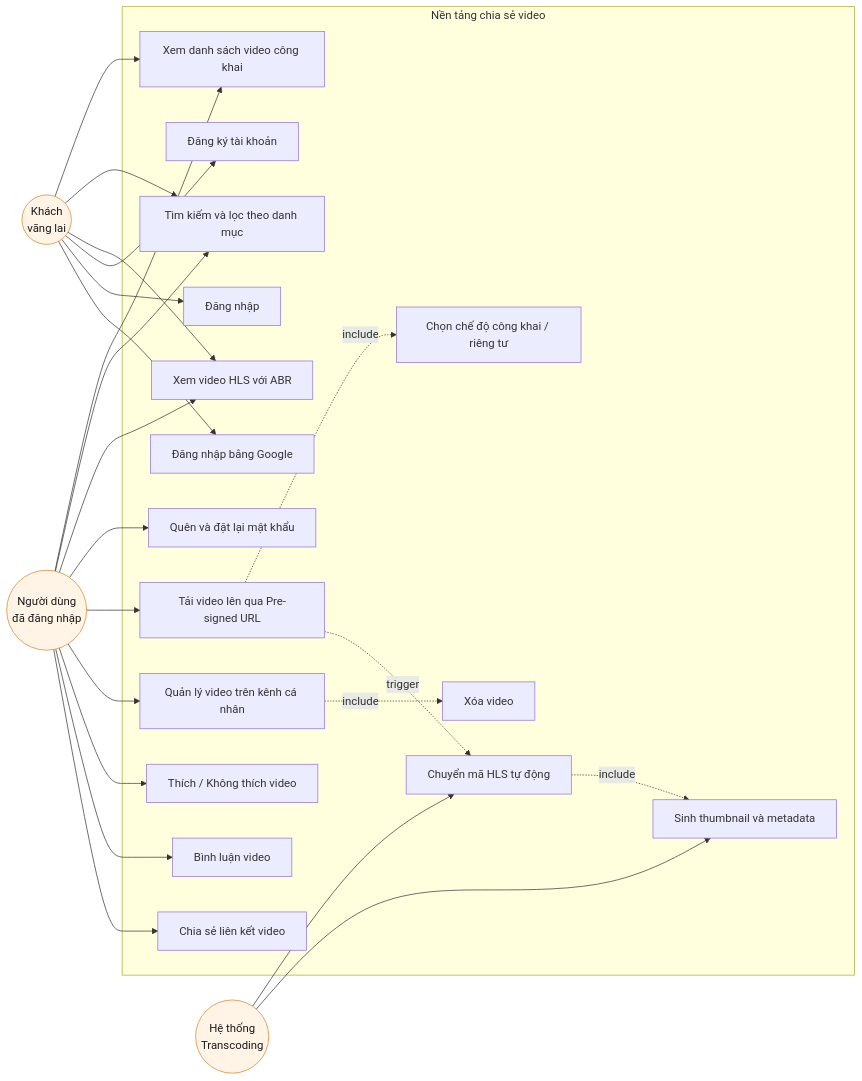
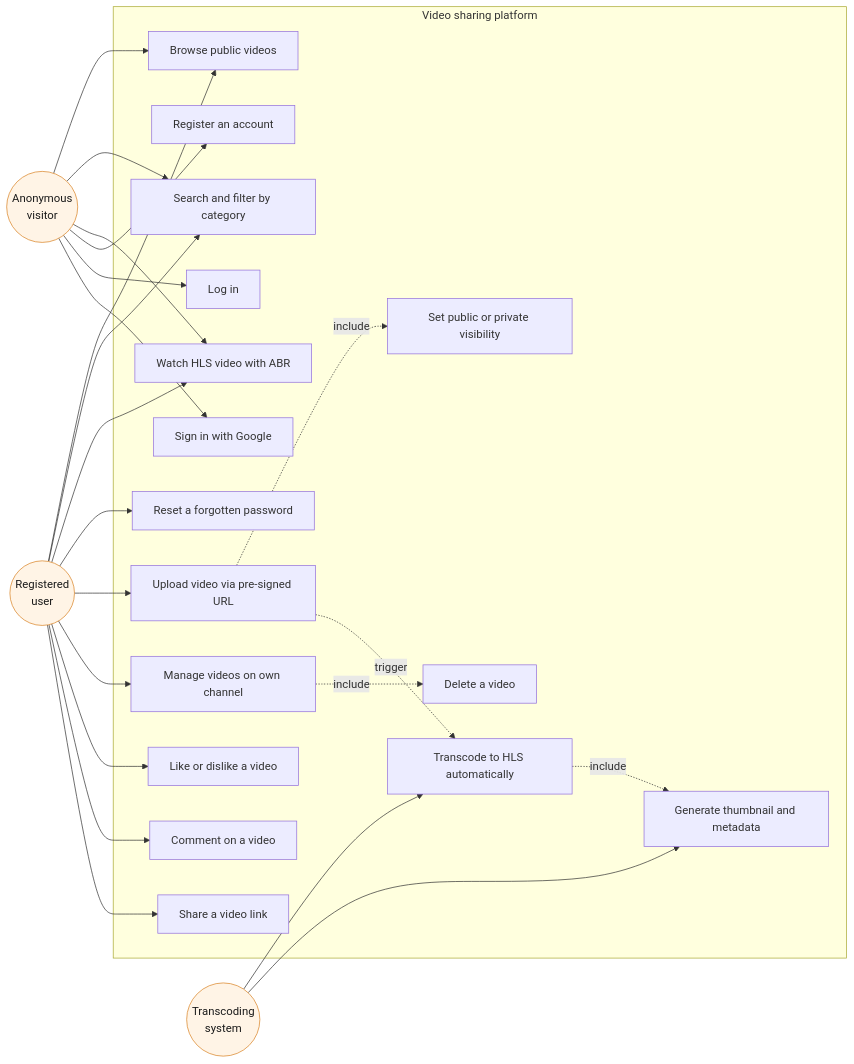
The diagram in docs/diagrams/src/05-use-case.mmd (DinhQuocCuong28664/DACNTT_VideoStreaming), drawn with Mermaid before and after one commit. The commit also changed 15 other files, not shown here.

First line of the commit message:
docs(report): put the diagram labels in English to match the report

```diff
--- a/docs/diagrams/src/05-use-case.mmd
+++ b/docs/diagrams/src/05-use-case.mmd
@@ -1,51 +1,51 @@
 graph LR
-    Guest(("Khách<br/>vãng lai"))
-    User(("Người dùng<br/>đã đăng nhập"))
-    System(("Hệ thống<br/>Transcoding"))
+    Guest(("Anonymous<br/>visitor"))
+    User(("Registered<br/>user"))
+    System(("Transcoding<br/>system"))
 
-    subgraph UC["Nền tảng chia sẻ video"]
-        UC1["Xem danh sách video công khai"]
-        UC2["Tìm kiếm và lọc theo danh mục"]
-        UC3["Xem video HLS với ABR"]
-        UC4["Đăng ký tài khoản"]
-        UC5["Đăng nhập"]
-        UC6["Quên và đặt lại mật khẩu"]
-        UC16["Đăng nhập bằng Google"]
-        UC7["Tải video lên qua Pre-signed URL"]
-        UC8["Chọn chế độ công khai / riêng tư"]
-        UC9["Quản lý video trên kênh cá nhân"]
-        UC10["Xóa video"]
-        UC11["Thích / Không thích video"]
-        UC12["Bình luận video"]
-        UC13["Chia sẻ liên kết video"]
-        UC14["Chuyển mã HLS tự động"]
-        UC15["Sinh thumbnail và metadata"]
+    subgraph UC["Video sharing platform"]
+        UC1["Browse public videos"]
+        UC2["Search and filter by category"]
+        UC3["Watch HLS video with ABR"]
+        UC4["Register an account"]
+        UC5["Log in"]
+        UC6["Reset a forgotten password"]
+        UC16["Sign in with Google"]
+        UC7["Upload video via pre-signed URL"]
+        UC8["Set public or private visibility"]
+        UC9["Manage videos on own channel"]
+        UC10["Delete a video"]
+        UC11["Like or dislike a video"]
+        UC12["Comment on a video"]
+        UC13["Share a video link"]
+        UC14["Transcode to HLS automatically"]
+        UC15["Generate thumbnail and metadata"]
     end
 
     Guest --> UC1
     Guest --> UC2
     Guest --> UC3
     Guest --> UC4
     Guest --> UC5
     Guest --> UC16
 
     User --> UC1
     User --> UC2
     User --> UC3
     User --> UC6
     User --> UC7
     User --> UC9
     User --> UC11
     User --> UC12
     User --> UC13
 
     UC7 -.->|"include"| UC8
     UC9 -.->|"include"| UC10
     UC7 -.->|"trigger"| UC14
 
     System --> UC14
     System --> UC15
     UC14 -.->|"include"| UC15
 
     classDef actor fill:#fff4e6,stroke:#d98324,color:#1a1a1a
     class Guest,User,System actor
```
